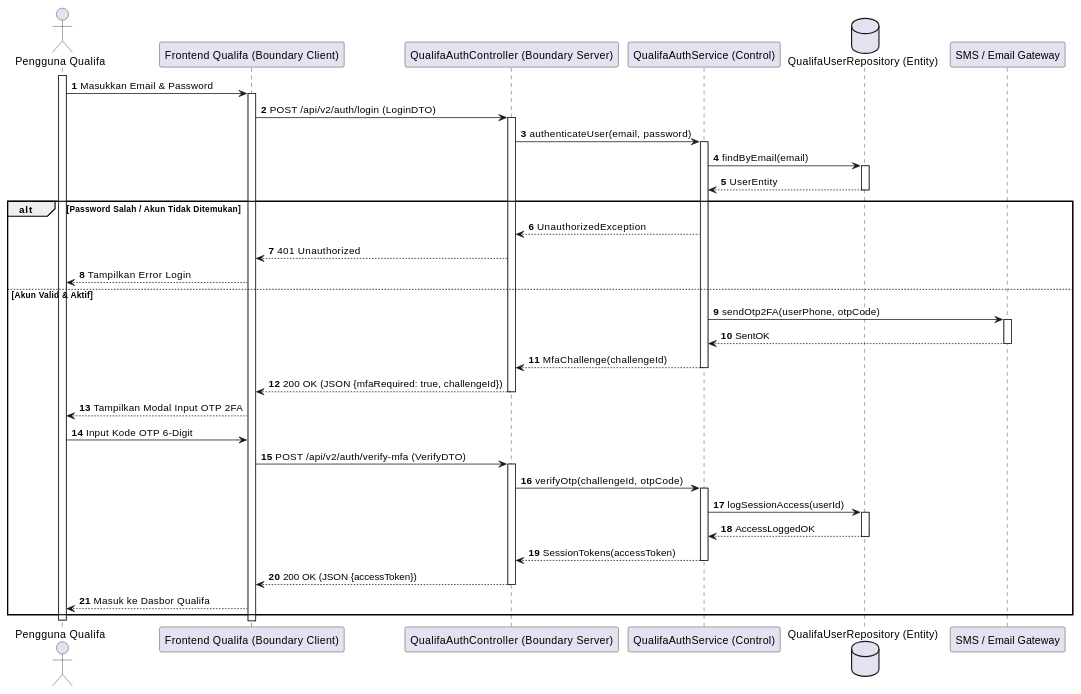
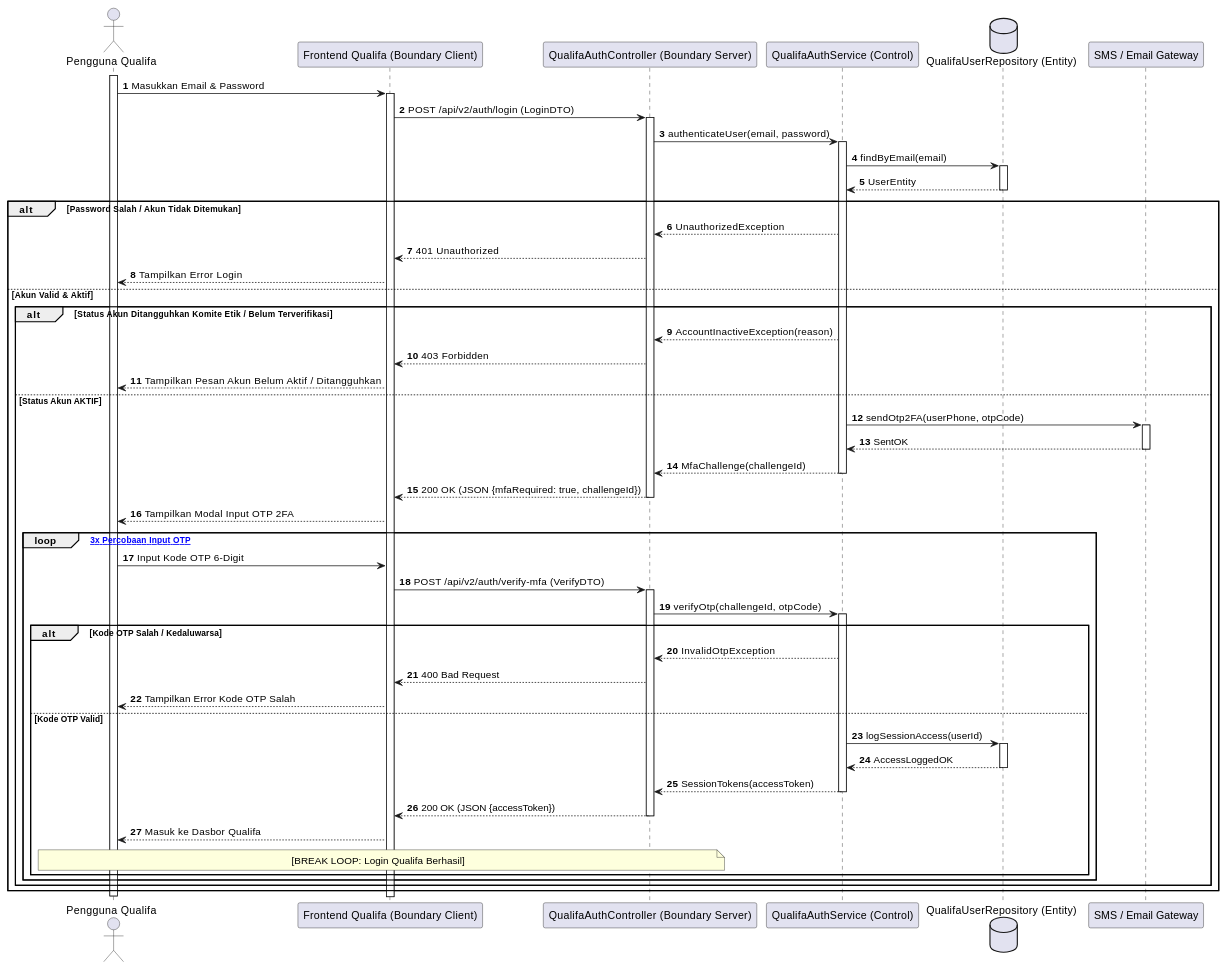
Diagram 18 of 28 in MarkDown/plantuml_sequence_diagrams.md (tupperwureism/SuperApp-Gagal), drawn with PlantUML before and after one commit. The commit also changed other lines of this file and 1 other file, not shown here.

Commit message:
docs: Deep 1-to-1 AD Fidelity synchronization for all 28 Sequence Diagrams with 5-Lifeline BCE

````diff
--- a/MarkDown/plantuml_sequence_diagrams.md
+++ b/MarkDown/plantuml_sequence_diagrams.md
@@ -810,40 +919,56 @@
 ```plantuml
 @startuml
 autonumber
 actor "Pengguna Qualifa" as User
 participant "Frontend Qualifa (Boundary Client)" as B_FE
 participant "QualifaAuthController (Boundary Server)" as B_BE
 participant "QualifaAuthService (Control)" as C_Svc
 database "QualifaUserRepository (Entity)" as E_DB
 participant "SMS / Email Gateway" as SMS
 
 activate User
 User -> B_FE ++ : Masukkan Email & Password
 B_FE -> B_BE ++ : POST /api/v2/auth/login (LoginDTO)
 B_BE -> C_Svc ++ : authenticateUser(email, password)
 C_Svc -> E_DB ++ : findByEmail(email)
 E_DB --> C_Svc -- : UserEntity
 
 alt Password Salah / Akun Tidak Ditemukan
     C_Svc --> B_BE : UnauthorizedException
     B_BE --> B_FE : 401 Unauthorized
     B_FE --> User : Tampilkan Error Login
 else Akun Valid & Aktif
-    C_Svc -> SMS ++ : sendOtp2FA(userPhone, otpCode)
-    SMS --> C_Svc -- : SentOK
-    C_Svc --> B_BE -- : MfaChallenge(challengeId)
-    B_BE --> B_FE -- : 200 OK (JSON {mfaRequired: true, challengeId})
-    B_FE --> User : Tampilkan Modal Input OTP 2FA
+    alt Status Akun Ditangguhkan Komite Etik / Belum Terverifikasi
+        C_Svc --> B_BE : AccountInactiveException(reason)
+        B_BE --> B_FE : 403 Forbidden
+        B_FE --> User : Tampilkan Pesan Akun Belum Aktif / Ditangguhkan
+    else Status Akun AKTIF
+        C_Svc -> SMS ++ : sendOtp2FA(userPhone, otpCode)
+        SMS --> C_Svc -- : SentOK
+        C_Svc --> B_BE -- : MfaChallenge(challengeId)
+        B_BE --> B_FE -- : 200 OK (JSON {mfaRequired: true, challengeId})
+        B_FE --> User : Tampilkan Modal Input OTP 2FA
 
-    User -> B_FE : Input Kode OTP 6-Digit
-    B_FE -> B_BE ++ : POST /api/v2/auth/verify-mfa (VerifyDTO)
-    B_BE -> C_Svc ++ : verifyOtp(challengeId, otpCode)
-    C_Svc -> E_DB ++ : logSessionAccess(userId)
-    E_DB --> C_Svc -- : AccessLoggedOK
-    C_Svc --> B_BE -- : SessionTokens(accessToken)
-    B_BE --> B_FE -- : 200 OK (JSON {accessToken})
-    B_FE --> User : Masuk ke Dasbor Qualifa
+        loop [Maksimal 3x Percobaan Input OTP]
+            User -> B_FE : Input Kode OTP 6-Digit
+            B_FE -> B_BE ++ : POST /api/v2/auth/verify-mfa (VerifyDTO)
+            B_BE -> C_Svc ++ : verifyOtp(challengeId, otpCode)
+
+            alt Kode OTP Salah / Kedaluwarsa
+                C_Svc --> B_BE : InvalidOtpException
+                B_BE --> B_FE : 400 Bad Request
+                B_FE --> User : Tampilkan Error Kode OTP Salah
+            else Kode OTP Valid
+                C_Svc -> E_DB ++ : logSessionAccess(userId)
+                E_DB --> C_Svc -- : AccessLoggedOK
+                C_Svc --> B_BE -- : SessionTokens(accessToken)
+                B_BE --> B_FE -- : 200 OK (JSON {accessToken})
+                B_FE --> User : Masuk ke Dasbor Qualifa
+                note over User, B_BE : [BREAK LOOP: Login Qualifa Berhasil]
+            end
+        end
+    end
 end
 deactivate User
 @enduml
 ```
````
